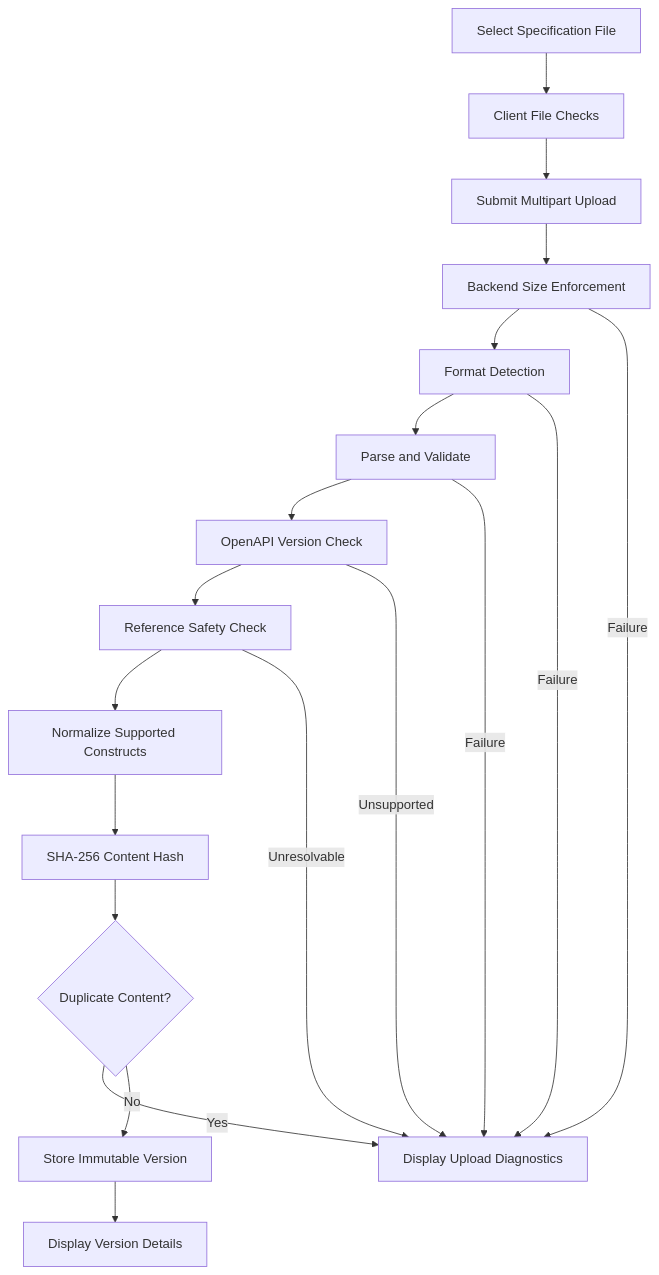
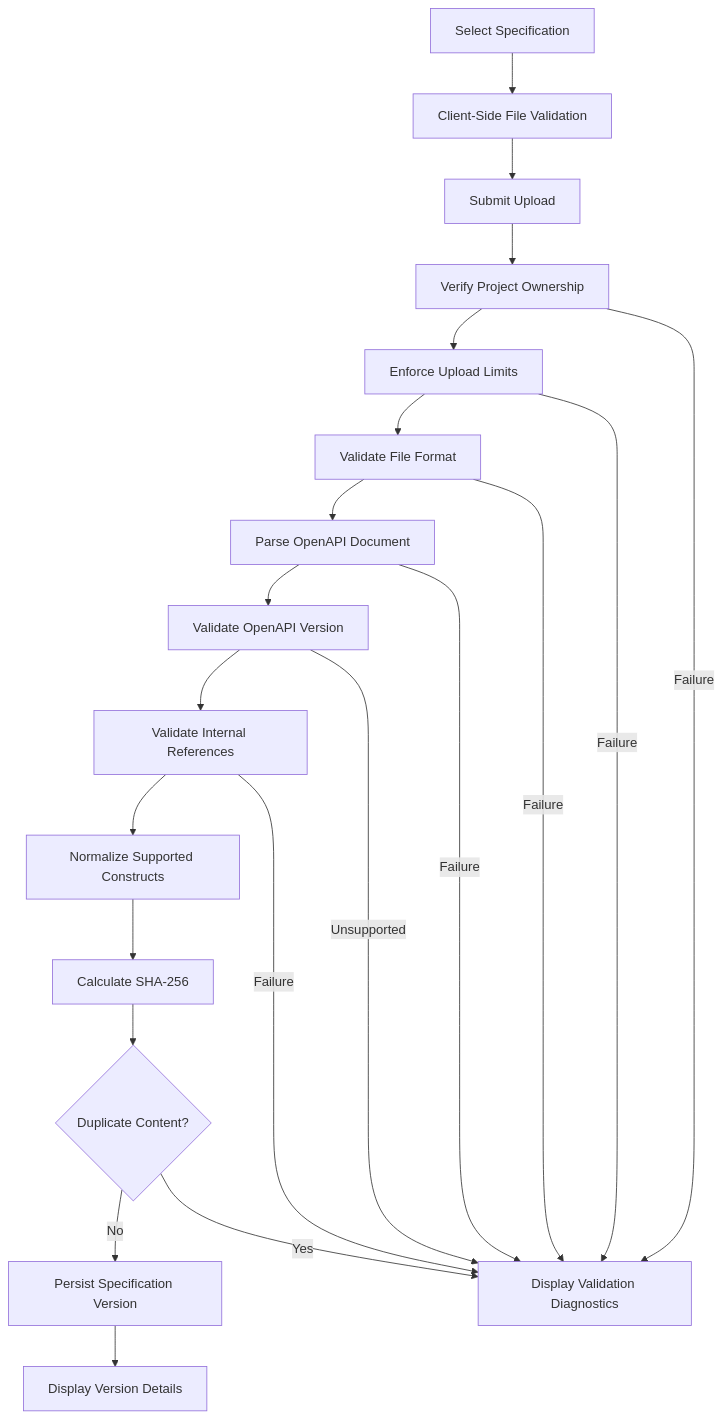
One commit to Swayam-Aggarwal/ContractGuard changed the second of 3 diagrams in docs/AppFlow.md. Above: the diagram before and after it, drawn with Mermaid. The commit also changed other lines of this file and 32 other files, not shown here.

````diff
--- a/docs/AppFlow.md
+++ b/docs/AppFlow.md
@@ -300,36 +402,39 @@
 ```mermaid
 flowchart TD
-    Select["Select Specification File"]
-    ClientCheck["Client File Checks"]
-    Submit["Submit Multipart Upload"]
-    Size["Backend Size Enforcement"]
-    Format["Format Detection"]
-    Parse["Parse and Validate"]
-    Version["OpenAPI Version Check"]
-    Refs["Reference Safety Check"]
+    Select["Select Specification"]
+    Client["Client-Side File Validation"]
+    Submit["Submit Upload"]
+    Ownership["Verify Project Ownership"]
+    Limit["Enforce Upload Limits"]
+    Format["Validate File Format"]
+    Parse["Parse OpenAPI Document"]
+    Version["Validate OpenAPI Version"]
+    Reference["Validate Internal References"]
     Normalize["Normalize Supported Constructs"]
-    Hash["SHA-256 Content Hash"]
+    Hash["Calculate SHA-256"]
     Duplicate{"Duplicate Content?"}
-    Store["Store Immutable Version"]
-    Error["Display Upload Diagnostics"]
-    Complete["Display Version Details"]
+    Persist["Persist Specification Version"]
+    Success["Display Version Details"]
+    Failure["Display Validation Diagnostics"]
 
-    Select --> ClientCheck
-    ClientCheck --> Submit
-    Submit --> Size
-    Size --> Format
+    Select --> Client
+    Client --> Submit
+    Submit --> Ownership
+    Ownership --> Limit
+    Limit --> Format
     Format --> Parse
     Parse --> Version
-    Version --> Refs
-    Refs --> Normalize
+    Version --> Reference
+    Reference --> Normalize
     Normalize --> Hash
     Hash --> Duplicate
-    Duplicate -->|"Yes"| Error
-    Duplicate -->|"No"| Store
-    Store --> Complete
-    Size -->|"Failure"| Error
-    Format -->|"Failure"| Error
-    Parse -->|"Failure"| Error
-    Version -->|"Unsupported"| Error
-    Refs -->|"Unresolvable"| Error
+    Duplicate -->|"No"| Persist
+    Duplicate -->|"Yes"| Failure
+    Persist --> Success
+    Ownership -->|"Failure"| Failure
+    Limit -->|"Failure"| Failure
+    Format -->|"Failure"| Failure
+    Parse -->|"Failure"| Failure
+    Version -->|"Unsupported"| Failure
+    Reference -->|"Failure"| Failure
 ```
````
